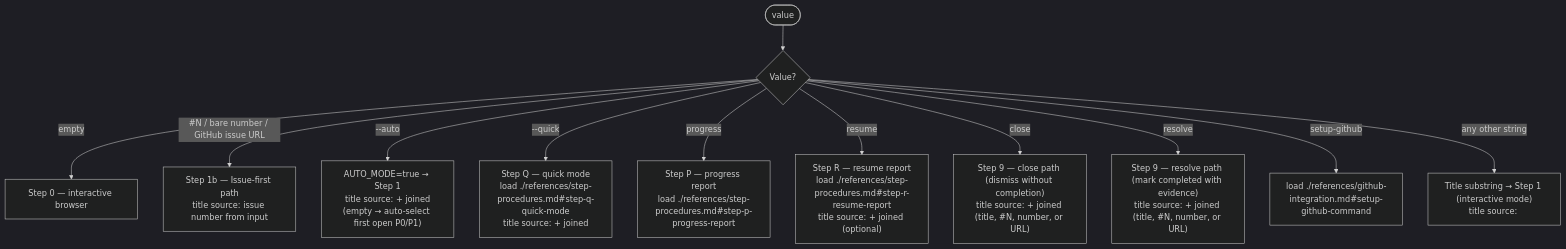
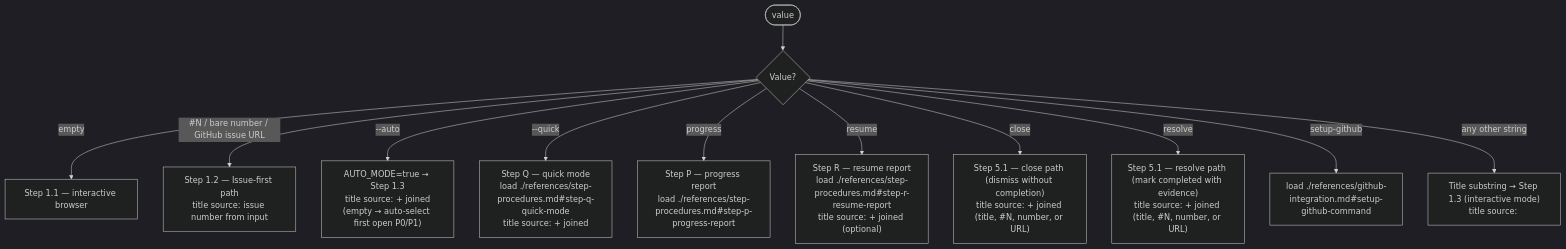
The first of 4 diagrams in plugins/development-harness/skills/work-backlog-item/SKILL.md (chgreer1070/claude_skills), drawn with Mermaid (dark theme) before and after one commit. The commit also changed other lines of this file and 2 other files, not shown here.

First line of the commit message:
feat(work-backlog-item): add feasibility gate, RT-ICA staleness policy, phase/step renumber, handoff token, lifecycle link

````diff
--- a/plugins/development-harness/skills/work-backlog-item/SKILL.md
+++ b/plugins/development-harness/skills/work-backlog-item/SKILL.md
@@ -65,14 +67,14 @@
 ```mermaid
 flowchart TD
     Start(["<mode/> value"]) --> Q1{Value?}
-    Q1 -->|"empty"| S0["Step 0 — interactive browser"]
-    Q1 -->|"#N / bare number / GitHub issue URL"| S1b["Step 1b — Issue-first path<br>title source: issue number from input"]
-    Q1 -->|"--auto"| Auto["AUTO_MODE=true → Step 1<br>title source: <item_ref/>+ joined<br>(empty → auto-select first open P0/P1)"]
+    Q1 -->|"empty"| S0["Step 1.1 — interactive browser"]
+    Q1 -->|"#N / bare number / GitHub issue URL"| S1b["Step 1.2 — Issue-first path<br>title source: issue number from input"]
+    Q1 -->|"--auto"| Auto["AUTO_MODE=true → Step 1.3<br>title source: <item_ref/>+ joined<br>(empty → auto-select first open P0/P1)"]
     Q1 -->|"--quick"| SQ["Step Q — quick mode<br>load ./references/step-procedures.md#step-q-quick-mode<br>title source: <item_ref/>+ joined"]
     Q1 -->|"progress"| SP["Step P — progress report<br>load ./references/step-procedures.md#step-p-progress-report"]
     Q1 -->|"resume"| SR["Step R — resume report<br>load ./references/step-procedures.md#step-r-resume-report<br>title source: <item_ref/>+ joined (optional)"]
-    Q1 -->|"close"| S9c["Step 9 — close path (dismiss without completion)<br>title source: <item_ref/>+ joined (title, #N, number, or URL)"]
-    Q1 -->|"resolve"| S9r["Step 9 — resolve path (mark completed with evidence)<br>title source: <item_ref/>+ joined (title, #N, number, or URL)"]
+    Q1 -->|"close"| S9c["Step 5.1 — close path (dismiss without completion)<br>title source: <item_ref/>+ joined (title, #N, number, or URL)"]
+    Q1 -->|"resolve"| S9r["Step 5.1 — resolve path (mark completed with evidence)<br>title source: <item_ref/>+ joined (title, #N, number, or URL)"]
     Q1 -->|"setup-github"| SGH["load ./references/github-integration.md#setup-github-command"]
-    Q1 -->|"any other string"| S1["Title substring → Step 1 (interactive mode)<br>title source: <invocation_args/>"]
+    Q1 -->|"any other string"| S1["Title substring → Step 1.3 (interactive mode)<br>title source: <invocation_args/>"]
 ```
````
